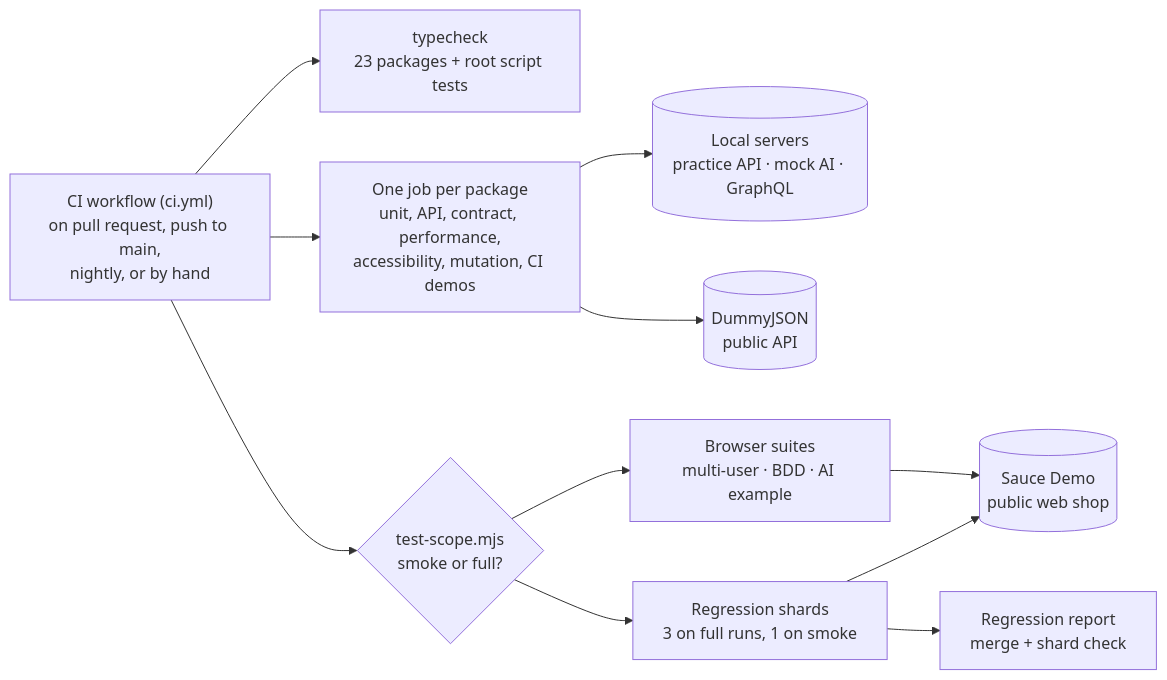
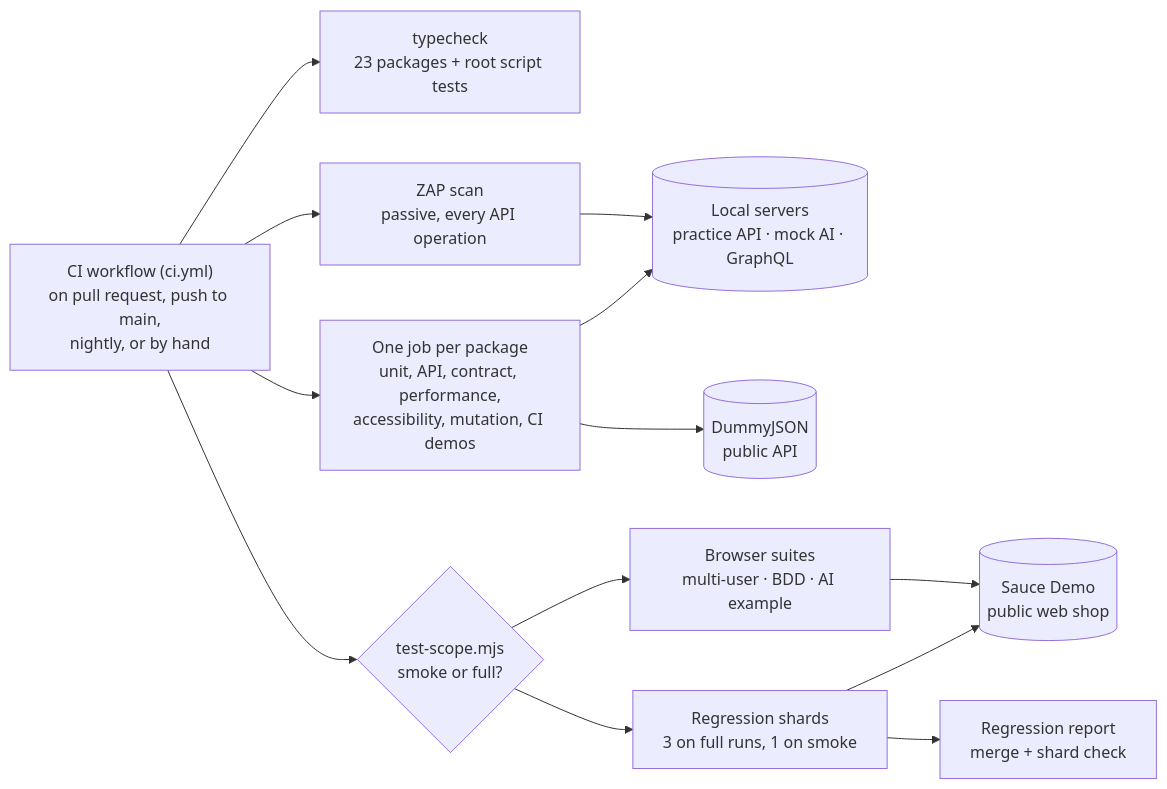
One commit to rizvihiqrar/qa-automation-platform changed the second of 3 diagrams in README.md. Above: the diagram before and after it, drawn with Mermaid. The commit also changed other lines of this file and 7 other files, not shown here.

Commit message:
Day 36: access-control matrix, sign-in limit, ZAP scan triage, docs

````diff
--- a/README.md
+++ b/README.md
@@ -89,14 +89,16 @@
 ```mermaid
 flowchart LR
   T["CI workflow (ci.yml)<br/>on pull request, push to main,<br/>nightly, or by hand"]
   T --> TC["typecheck<br/>23 packages + root script tests"]
+  T --> Z["ZAP scan<br/>passive, every API operation"]
   T --> P["One job per package<br/>unit, API, contract, performance,<br/>accessibility, mutation, CI demos"]
   T --> SC{"test-scope.mjs<br/>smoke or full?"}
   P --> L[("Local servers<br/>practice API · mock AI · GraphQL")]
+  Z --> L
   P --> DJ[("DummyJSON<br/>public API")]
   SC --> BR["Browser suites<br/>multi-user · BDD · AI example"]
   SC --> RS["Regression shards<br/>3 on full runs, 1 on smoke"]
   BR --> S[("Sauce Demo<br/>public web shop")]
   RS --> S
   RS --> RR["Regression report<br/>merge + shard check"]
 ```
````
